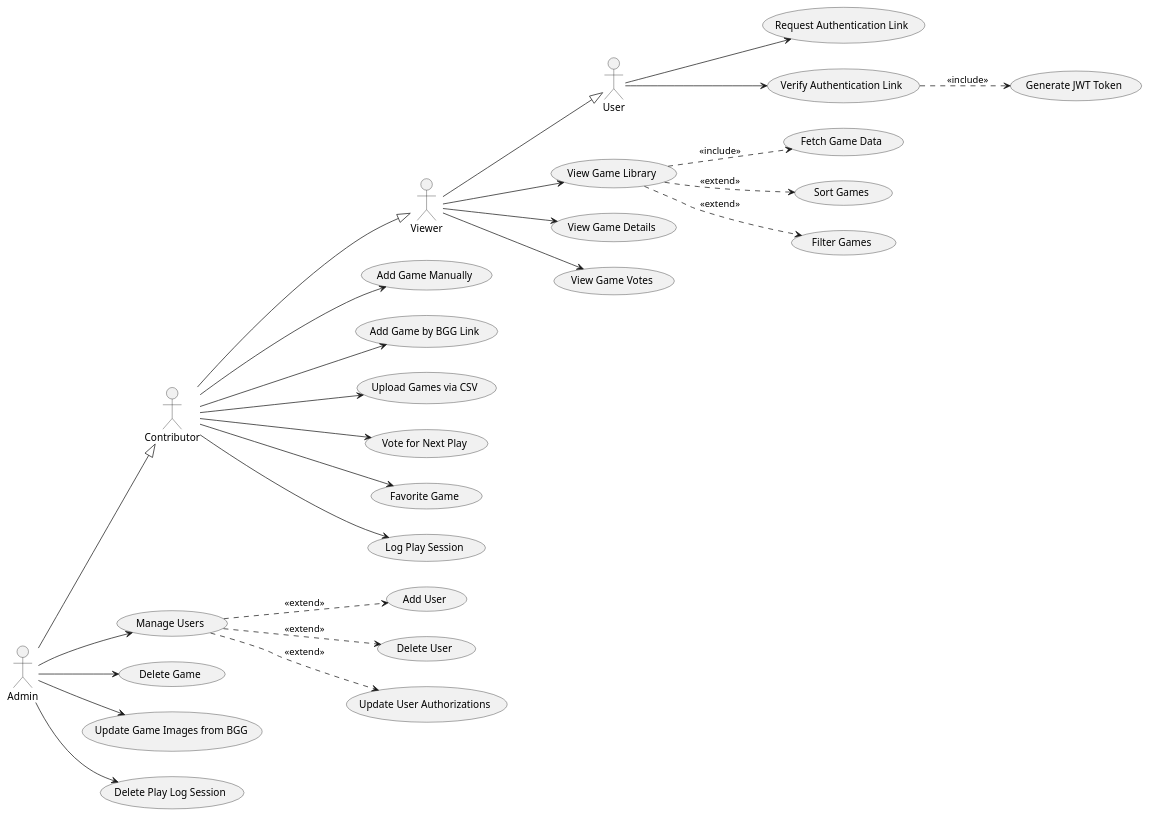
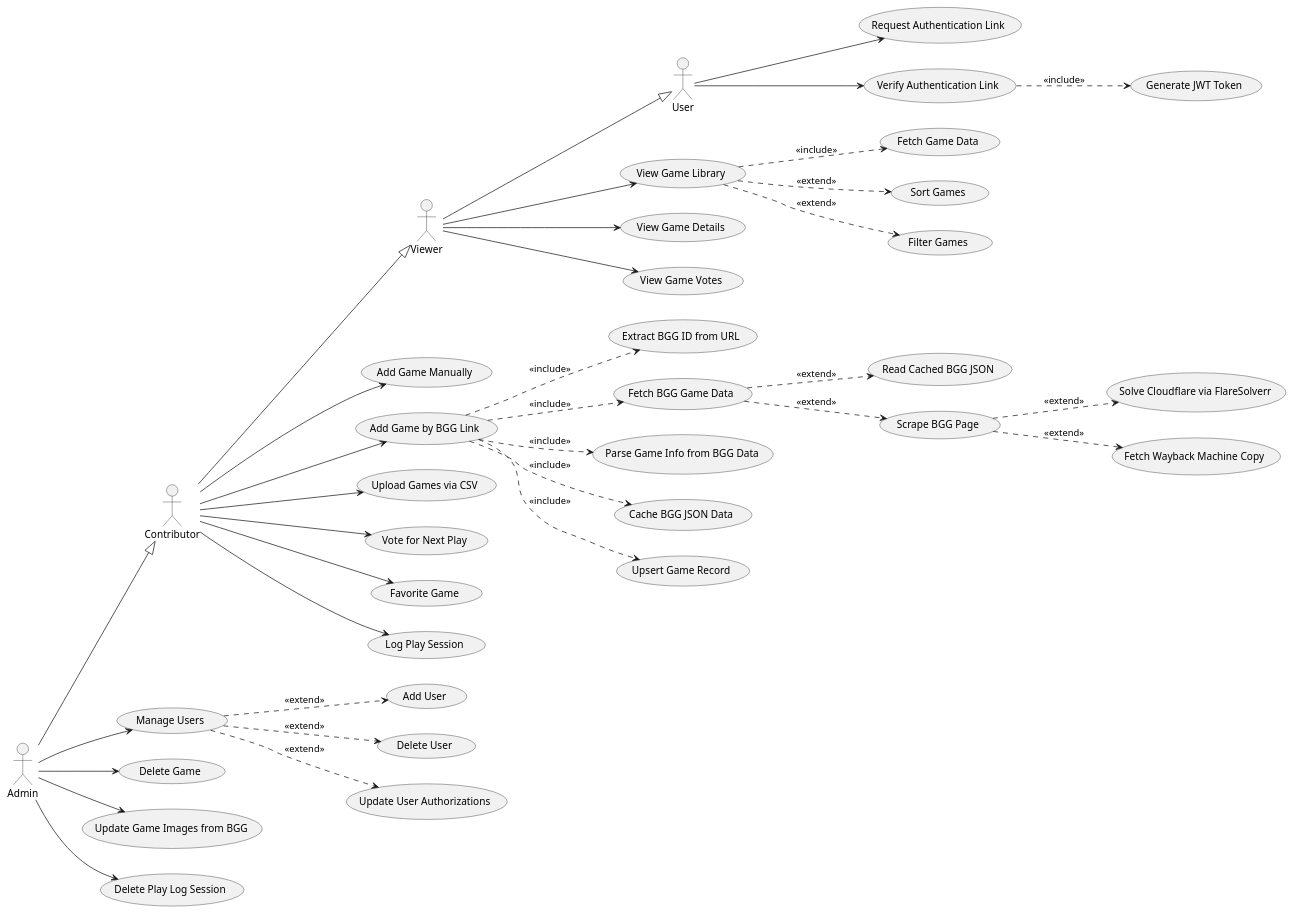
The first of 7 diagrams in Game Group Site.md (leshmark/gamegroup), drawn with PlantUML before and after one commit. The commit also changed other lines of this file and 1 other file, not shown here.

Commit message:
Updated bgg scraper diagrams

````diff
--- a/Game Group Site.md
+++ b/Game Group Site.md
@@ -100,46 +106,57 @@
 ```plantuml
 @startuml
 left to right direction
 
 ' Actors with inheritance
 actor User
 actor Viewer
 actor Contributor
 actor Admin
 
 Viewer --|> User
 Contributor --|> Viewer
 Admin --|> Contributor
 
 ' Authentication Use Cases (all users)
 User --> (Request Authentication Link)
 User --> (Verify Authentication Link)
 (Verify Authentication Link) ..> (Generate JWT Token) : <<include>>
 
 ' Game Library Viewing (Viewer+)
 Viewer --> (View Game Library)
 (View Game Library) ..> (Fetch Game Data) : <<include>>
 (View Game Library) ..> (Sort Games) : <<extend>>
 (View Game Library) ..> (Filter Games) : <<extend>>
 Viewer --> (View Game Details)
 Viewer --> (View Game Votes)
 
 ' Game Management (Contributor+)
 Contributor --> (Add Game Manually)
 Contributor --> (Add Game by BGG Link)
 Contributor --> (Upload Games via CSV)
 Contributor --> (Vote for Next Play)
 Contributor --> (Favorite Game)
 Contributor --> (Log Play Session)
 
+' Add Game by BGG Link sub-use-cases
+(Add Game by BGG Link) ..> (Extract BGG ID from URL) : <<include>>
+(Add Game by BGG Link) ..> (Fetch BGG Game Data) : <<include>>
+(Fetch BGG Game Data) ..> (Read Cached BGG JSON) : <<extend>>
+(Fetch BGG Game Data) ..> (Scrape BGG Page) : <<extend>>
+(Scrape BGG Page) ..> (Solve Cloudflare via FlareSolverr) : <<extend>>
+(Scrape BGG Page) ..> (Fetch Wayback Machine Copy) : <<extend>>
+(Add Game by BGG Link) ..> (Parse Game Info from BGG Data) : <<include>>
+(Add Game by BGG Link) ..> (Cache BGG JSON Data) : <<include>>
+(Add Game by BGG Link) ..> (Upsert Game Record) : <<include>>
+
 ' Admin Functions (Admin only)
 Admin --> (Manage Users)
 Admin --> (Delete Game)
 (Manage Users) ..> (Add User) : <<extend>>
 (Manage Users) ..> (Delete User) : <<extend>>
 (Manage Users) ..> (Update User Authorizations) : <<extend>>
 Admin --> (Update Game Images from BGG)
 Admin --> (Delete Play Log Session)
 
 @enduml
 ```
````
